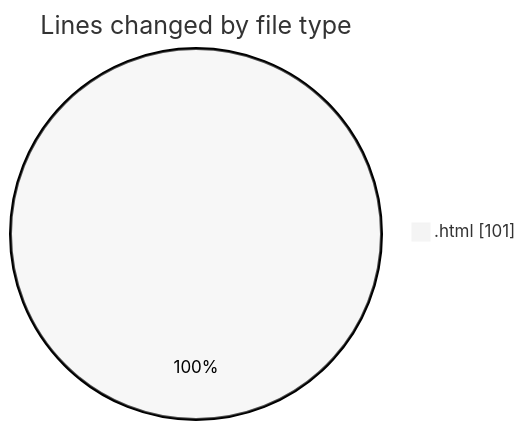
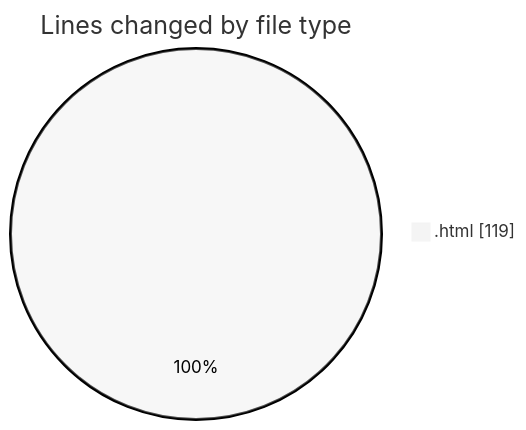
One commit to LanceThiago/code-tracking changed the first of 2 diagrams in 2025-01-09/nueva_carpeta/README.md. Above: the diagram before and after it, drawn with Mermaid (neutral theme). The commit also changed other lines of this file and 1 other file, not shown here.

````diff
--- a/2025-01-09/nueva_carpeta/README.md
+++ b/2025-01-09/nueva_carpeta/README.md
@@ -20,5 +20,5 @@
 ```mermaid
 pie showData
 title Lines changed by file type
-".html" : 101
+".html" : 119
 ```
````
